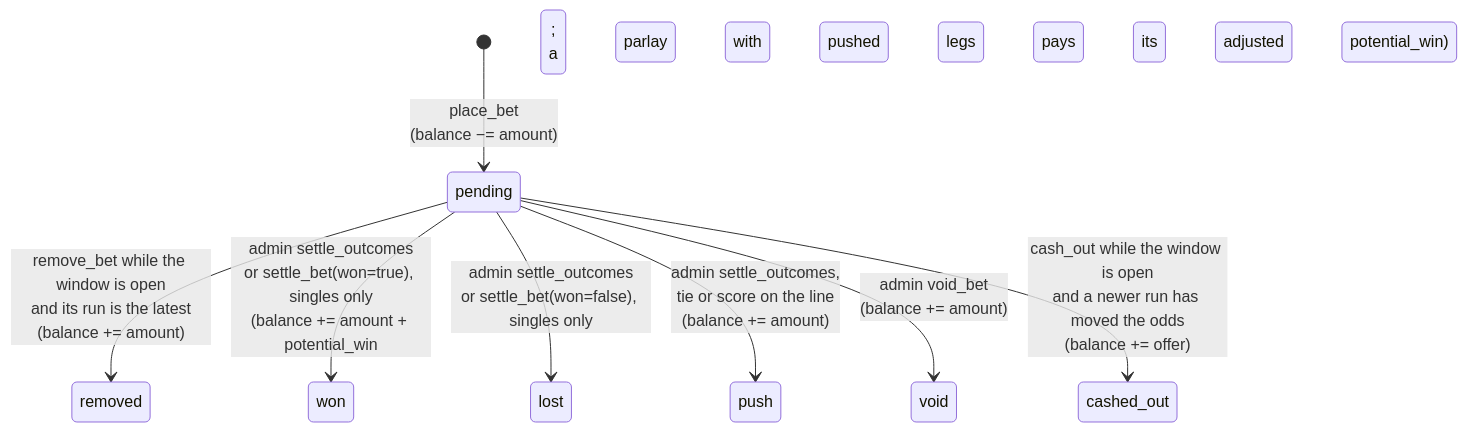
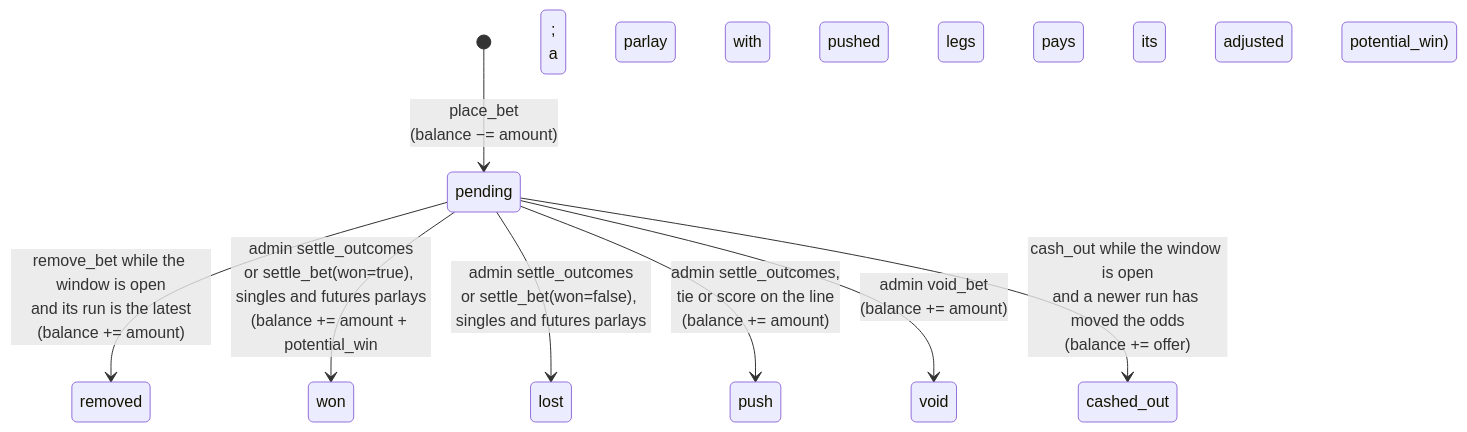
Before and after one commit to sfaizi24/TNCasino: the second of 3 diagrams in docs/architecture/06-betting-lifecycle.md, drawn with Mermaid. The commit also changed other lines of this file and 8 other files, not shown here.

First line of the commit message:
Document futures as yes or no, no first place, and futures parlays

````diff
--- a/docs/architecture/06-betting-lifecycle.md
+++ b/docs/architecture/06-betting-lifecycle.md
@@ -39,10 +39,10 @@
 ```mermaid
 stateDiagram-v2
     [*] --> pending: place_bet<br/>(balance −= amount)
     pending --> removed: remove_bet while the window is open<br/>and its run is the latest<br/>(balance += amount)
-    pending --> won: admin settle_outcomes<br/>or settle_bet(won=true), singles only<br/>(balance += amount + potential_win;<br/>a parlay with pushed legs pays its adjusted potential_win)
-    pending --> lost: admin settle_outcomes<br/>or settle_bet(won=false), singles only
+    pending --> won: admin settle_outcomes<br/>or settle_bet(won=true), singles and futures parlays<br/>(balance += amount + potential_win;<br/>a parlay with pushed legs pays its adjusted potential_win)
+    pending --> lost: admin settle_outcomes<br/>or settle_bet(won=false), singles and futures parlays
     pending --> push: admin settle_outcomes,<br/>tie or score on the line<br/>(balance += amount)
     pending --> void: admin void_bet<br/>(balance += amount)
     pending --> cashed_out: cash_out while the window is open<br/>and a newer run has moved the odds<br/>(balance += offer)
 ```
````
